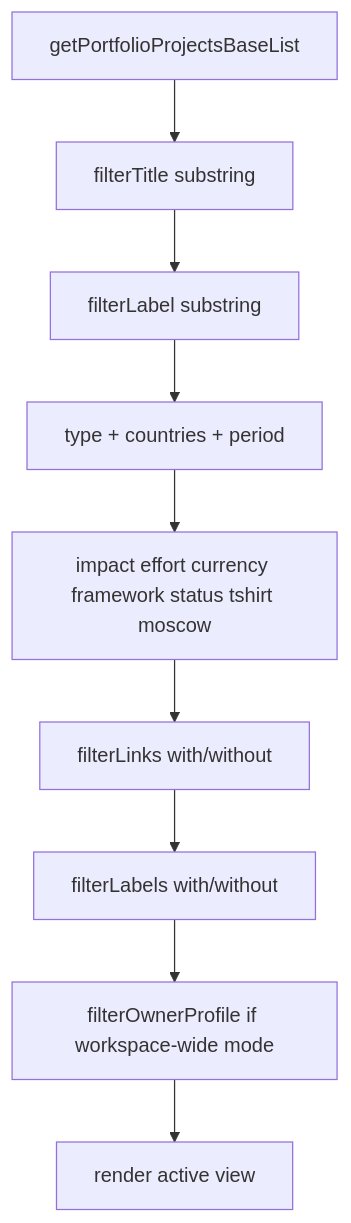
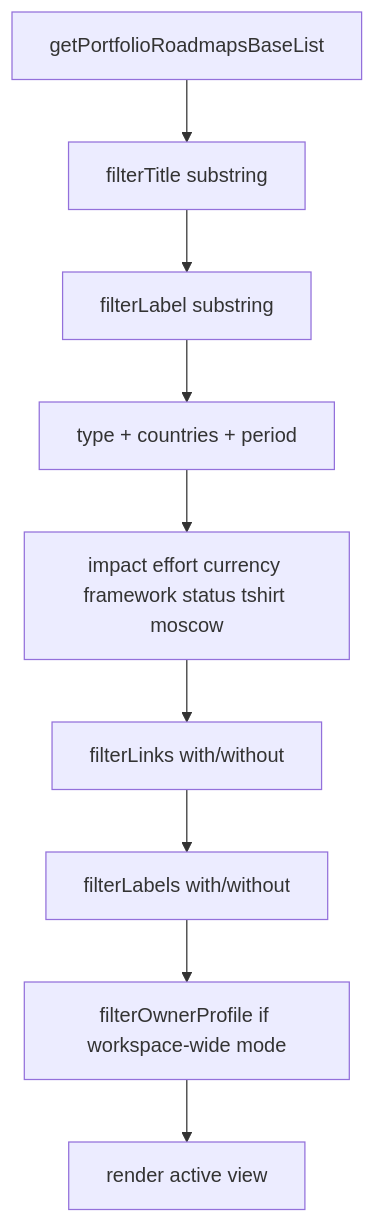
Before and after one commit to RifqiMT/pm-prioritization-tool: the eighth of 14 diagrams in docs/VARIABLES.md, drawn with Mermaid. The commit also changed other lines of this file and 59 other files, not shown here.

First line of the commit message:
feat(ui193): rename Project→Roadmap, add KANO portfolio view, and full docs sync

````diff
--- a/docs/VARIABLES.md
+++ b/docs/VARIABLES.md
@@ -308,11 +318,11 @@
 ```mermaid
 flowchart TD
-  BASE[getPortfolioProjectsBaseList] --> TITLE[filterTitle substring]
+  BASE[getPortfolioRoadmapsBaseList] --> TITLE[filterTitle substring]
   TITLE --> LABEL[filterLabel substring]
   LABEL --> QUICK[type + countries + period]
   QUICK --> ADV[impact effort currency framework status tshirt moscow]
   ADV --> LINKS[filterLinks with/without]
   LINKS --> LBL[filterLabels with/without]
   LBL --> OWNER[filterOwnerProfile if workspace-wide mode]
   OWNER --> VIEW[render active view]
 ```
````
